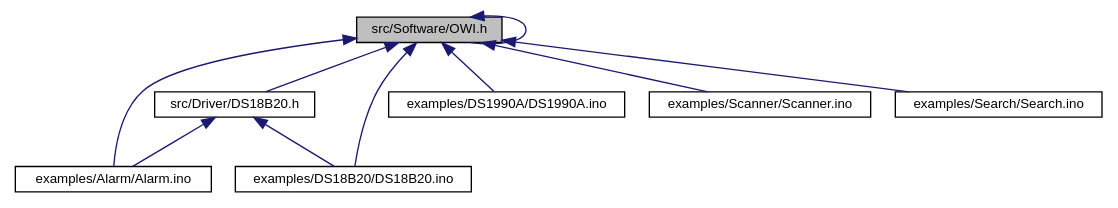
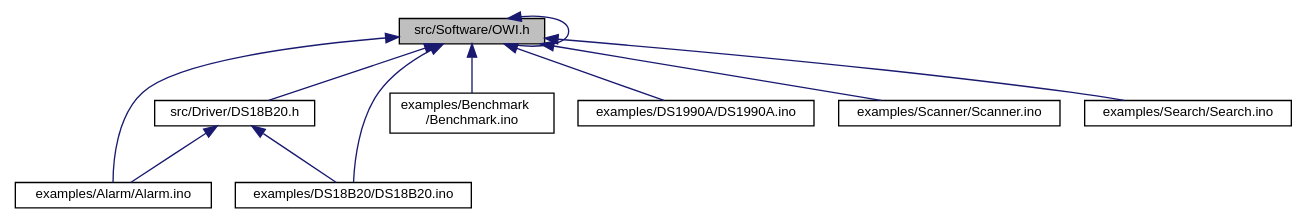
One commit to mikaelpatel/mikaelpatel.github.io changed the diagram in Arduino-OWI/d1/dc9/Software_2OWI_8h__dep__incl.dot. Above: the diagram before and after it, drawn with Graphviz. The commit also changed 166 other files, not shown here.

```diff
--- a/Arduino-OWI/d1/dc9/Software_2OWI_8h__dep__incl.dot
+++ b/Arduino-OWI/d1/dc9/Software_2OWI_8h__dep__incl.dot
@@ -1,21 +1,23 @@
 digraph "src/Software/OWI.h"
 {
   edge [fontname="Helvetica",fontsize="10",labelfontname="Helvetica",labelfontsize="10"];
   node [fontname="Helvetica",fontsize="10",shape=record];
   Node1 [label="src/Software/OWI.h",height=0.2,width=0.4,color="black", fillcolor="grey75", style="filled", fontcolor="black"];
   Node1 -> Node2 [dir="back",color="midnightblue",fontsize="10",style="solid",fontname="Helvetica"];
   Node2 [label="src/Driver/DS18B20.h",height=0.2,width=0.4,color="black", fillcolor="white", style="filled",URL="$d4/d9d/DS18B20_8h.html"];
   Node2 -> Node3 [dir="back",color="midnightblue",fontsize="10",style="solid",fontname="Helvetica"];
   Node3 [label="examples/Alarm/Alarm.ino",height=0.2,width=0.4,color="black", fillcolor="white", style="filled",URL="$df/d65/Alarm_8ino.html"];
   Node2 -> Node4 [dir="back",color="midnightblue",fontsize="10",style="solid",fontname="Helvetica"];
   Node4 [label="examples/DS18B20/DS18B20.ino",height=0.2,width=0.4,color="black", fillcolor="white", style="filled",URL="$de/d2e/DS18B20_8ino.html"];
   Node1 -> Node1 [dir="back",color="midnightblue",fontsize="10",style="solid",fontname="Helvetica"];
   Node1 -> Node3 [dir="back",color="midnightblue",fontsize="10",style="solid",fontname="Helvetica"];
+  Node1 -> Node5 [dir="back",color="midnightblue",fontsize="10",style="solid",fontname="Helvetica"];
+  Node5 [label="examples/Benchmark\l/Benchmark.ino",height=0.2,width=0.4,color="black", fillcolor="white", style="filled",URL="$d2/d24/Benchmark_8ino.html"];
   Node1 -> Node4 [dir="back",color="midnightblue",fontsize="10",style="solid",fontname="Helvetica"];
-  Node1 -> Node5 [dir="back",color="midnightblue",fontsize="10",style="solid",fontname="Helvetica"];
-  Node5 [label="examples/DS1990A/DS1990A.ino",height=0.2,width=0.4,color="black", fillcolor="white", style="filled",URL="$dc/d26/DS1990A_8ino.html"];
   Node1 -> Node6 [dir="back",color="midnightblue",fontsize="10",style="solid",fontname="Helvetica"];
-  Node6 [label="examples/Scanner/Scanner.ino",height=0.2,width=0.4,color="black", fillcolor="white", style="filled",URL="$dd/da4/Scanner_8ino.html"];
+  Node6 [label="examples/DS1990A/DS1990A.ino",height=0.2,width=0.4,color="black", fillcolor="white", style="filled",URL="$dc/d26/DS1990A_8ino.html"];
   Node1 -> Node7 [dir="back",color="midnightblue",fontsize="10",style="solid",fontname="Helvetica"];
-  Node7 [label="examples/Search/Search.ino",height=0.2,width=0.4,color="black", fillcolor="white", style="filled",URL="$dd/d18/Search_8ino.html"];
+  Node7 [label="examples/Scanner/Scanner.ino",height=0.2,width=0.4,color="black", fillcolor="white", style="filled",URL="$dd/da4/Scanner_8ino.html"];
+  Node1 -> Node8 [dir="back",color="midnightblue",fontsize="10",style="solid",fontname="Helvetica"];
+  Node8 [label="examples/Search/Search.ino",height=0.2,width=0.4,color="black", fillcolor="white", style="filled",URL="$dd/d18/Search_8ino.html"];
 }
```
